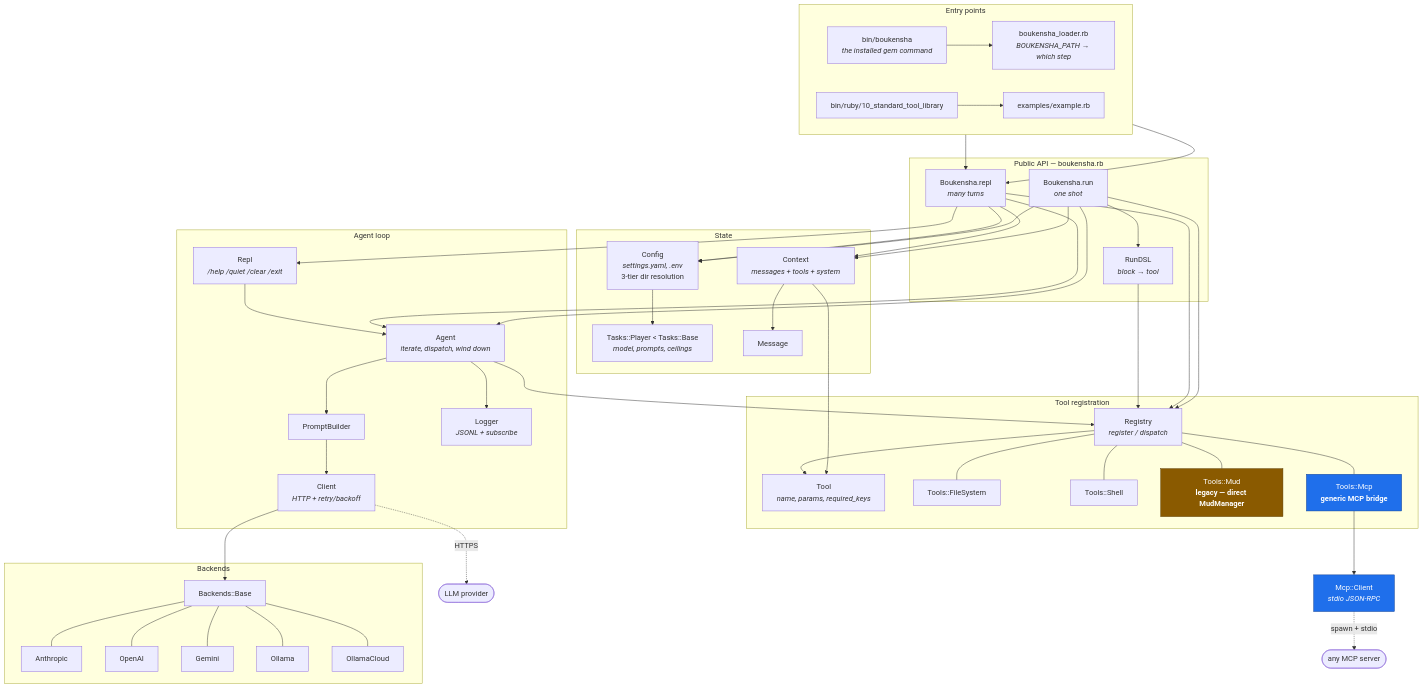
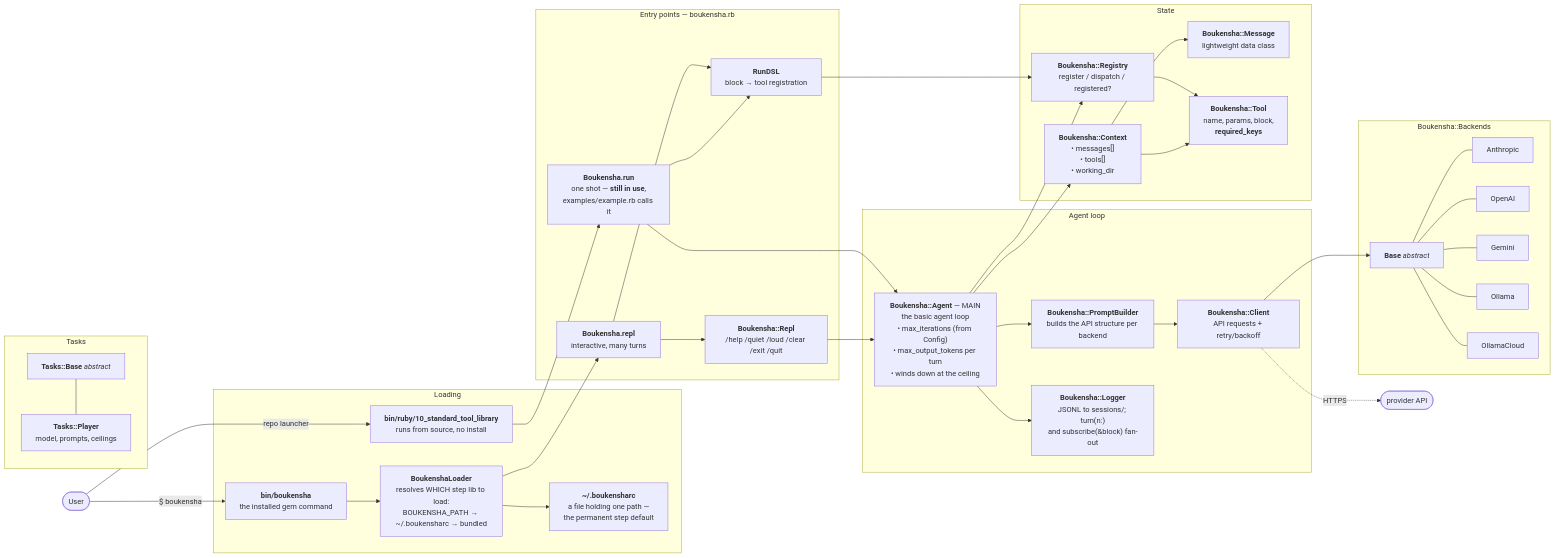
One commit to dglebov/claude-code-camp-2026-Q2 changed the first of 6 diagrams in docs/architecture.md. Above: the diagram before and after it, drawn with Mermaid. The commit also changed other lines of this file and 120 other files, not shown here.

````diff
--- a/docs/architecture.md
+++ b/docs/architecture.md
@@ -13,73 +16,60 @@
 ```mermaid
-flowchart TB
-    subgraph entry["Entry points"]
-        direction LR
-        LAUNCH["bin/ruby/10_standard_tool_library"]
-        BIN["bin/boukensha<br/><i>the installed gem command</i>"]
-        LOADER["boukensha_loader.rb<br/><i>BOUKENSHA_PATH → which step</i>"]
-        EX["examples/example.rb"]
-        BIN --> LOADER
+flowchart LR
+    USER(["User"])
+
+    subgraph boot["Loading"]
+        BIN["<b>bin/boukensha</b><br/>the installed gem command"]
+        LOADER["<b>BoukenshaLoader</b><br/>resolves WHICH step lib to load:<br/>BOUKENSHA_PATH → ~/.boukensharc → bundled"]
+        RC["<b>~/.boukensharc</b><br/>a file holding one path —<br/>the permanent step default"]
+        LAUNCH["<b>bin/ruby/10_standard_tool_library</b><br/>runs from source, no install"]
     end
 
-    subgraph api["Public API — boukensha.rb"]
-        RUN["Boukensha.run<br/><i>one shot</i>"]
-        REPL_M["Boukensha.repl<br/><i>many turns</i>"]
-        DSL["RunDSL<br/><i>block → tool</i>"]
+    subgraph api["Entry points — boukensha.rb"]
+        REPL_M["<b>Boukensha.repl</b><br/>interactive, many turns"]
+        RUN_M["<b>Boukensha.run</b><br/>one shot — <b>still in use</b>,<br/>examples/example.rb calls it"]
+        DSL["<b>RunDSL</b><br/>block → tool registration"]
+        REPL_C["<b>Boukensha::Repl</b><br/>/help /quiet /loud /clear /exit /quit"]
     end
 
-    subgraph state["State"]
-        CFG["Config<br/><i>settings.yaml, .env</i><br/>3-tier dir resolution"]
-        CTX["Context<br/><i>messages + tools + system</i>"]
-        TASK["Tasks::Player &lt; Tasks::Base<br/><i>model, prompts, ceilings</i>"]
-        MSG["Message"]
+    subgraph core["Agent loop"]
+        AGENT["<b>Boukensha::Agent</b> — MAIN<br/>the basic agent loop<br/>• max_iterations (from Config)<br/>• max_output_tokens per turn<br/>• winds down at the ceiling"]
+        PB["<b>Boukensha::PromptBuilder</b><br/>builds the API structure per backend"]
+        CL["<b>Boukensha::Client</b><br/>API requests + retry/backoff"]
+        LOG["<b>Boukensha::Logger</b><br/>JSONL to sessions/; turn(n:)<br/>and subscribe(&block) fan-out"]
     end
 
-    subgraph tools["Tool registration"]
-        REG["Registry<br/><i>register / dispatch</i>"]
-        TOOL["Tool<br/><i>name, params, required_keys</i>"]
-        FS["Tools::FileSystem"]
-        SH["Tools::Shell"]
-        MUDT["Tools::Mud<br/><b>legacy — direct MudManager</b>"]
-        MCPT["Tools::Mcp<br/><b>generic MCP bridge</b>"]
+    subgraph be["Boukensha::Backends"]
+        BASE["<b>Base</b> <i>abstract</i>"]
+        ANT["Anthropic"]; OAI["OpenAI"]; GEM["Gemini"]
+        OLL["Ollama"]; OLLC["OllamaCloud"]
     end
 
-    subgraph loop["Agent loop"]
-        AGENT["Agent<br/><i>iterate, dispatch, wind down</i>"]
-        PB["PromptBuilder"]
-        CL["Client<br/><i>HTTP + retry/backoff</i>"]
-        LOG["Logger<br/><i>JSONL + subscribe</i>"]
-        REPL_C["Repl<br/><i>/help /quiet /clear /exit</i>"]
+    subgraph st["State"]
+        CTX["<b>Boukensha::Context</b><br/>• messages[]<br/>• tools[]<br/>• working_dir"]
+        MSG["<b>Boukensha::Message</b><br/>lightweight data class"]
+        TOOL["<b>Boukensha::Tool</b><br/>name, params, block,<br/><b>required_keys</b>"]
+        REG["<b>Boukensha::Registry</b><br/>register / dispatch / registered?"]
     end
 
-    subgraph be["Backends"]
-        BASE["Backends::Base"]
-        ANT["Anthropic"]
-        OAI["OpenAI"]
-        GEM["Gemini"]
-        OLL["Ollama"]
-        OLLC["OllamaCloud"]
-        BASE --- ANT & OAI & GEM & OLL & OLLC
+    subgraph tk["Tasks"]
+        TB["<b>Tasks::Base</b> <i>abstract</i>"]
+        TP["<b>Tasks::Player</b><br/>model, prompts, ceilings"]
     end
 
-    LAUNCH --> EX --> REPL_M
+    USER -->|"$ boukensha"| BIN --> LOADER --> RC
+    USER -->|"repo launcher"| LAUNCH
     LOADER --> REPL_M
-    RUN & REPL_M --> CFG & CTX & REG & AGENT
+    LAUNCH --> RUN_M
     REPL_M --> REPL_C --> AGENT
-    RUN --> DSL --> REG
-    CFG --> TASK
+    RUN_M --> AGENT
+    RUN_M & REPL_M --> DSL --> REG
+    AGENT --> PB --> CL --> BASE
+    BASE --- ANT & OAI & GEM & OLL & OLLC
+    CL -.->|HTTPS| APIX(["provider API"])
+    AGENT --> LOG
+    AGENT --> REG
+    AGENT --> CTX
     CTX --> MSG & TOOL
     REG --> TOOL
-    REG --- FS & SH & MUDT & MCPT
-    AGENT --> PB --> CL --> BASE
-    AGENT --> LOG
-    AGENT --> REG
-    CL -.->|HTTPS| LLM(["LLM provider"])
-    MCPT --> MCPC["Mcp::Client<br/><i>stdio JSON-RPC</i>"]
-
-    MCPC -.->|"spawn + stdio"| SERVERS(["any MCP server"])
-
-    classDef new fill:#1f6feb,stroke:#0b3d91,color:#fff
-    classDef legacy fill:#8a5a00,stroke:#5a3c00,color:#fff
-    class MCPT,MCPC new
-    class MUDT legacy
+    TB --- TP
 ```
````
